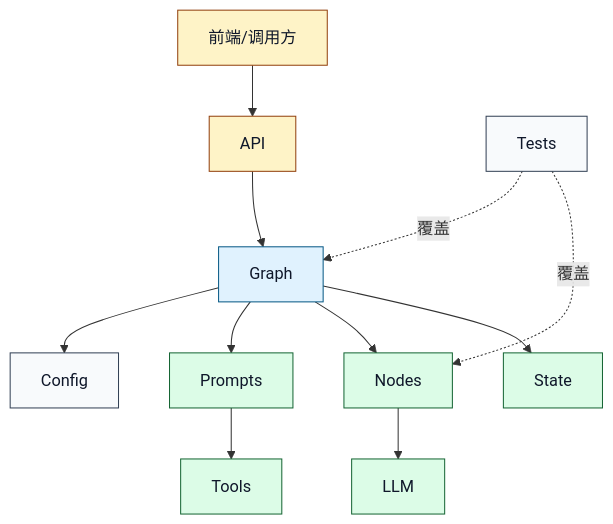
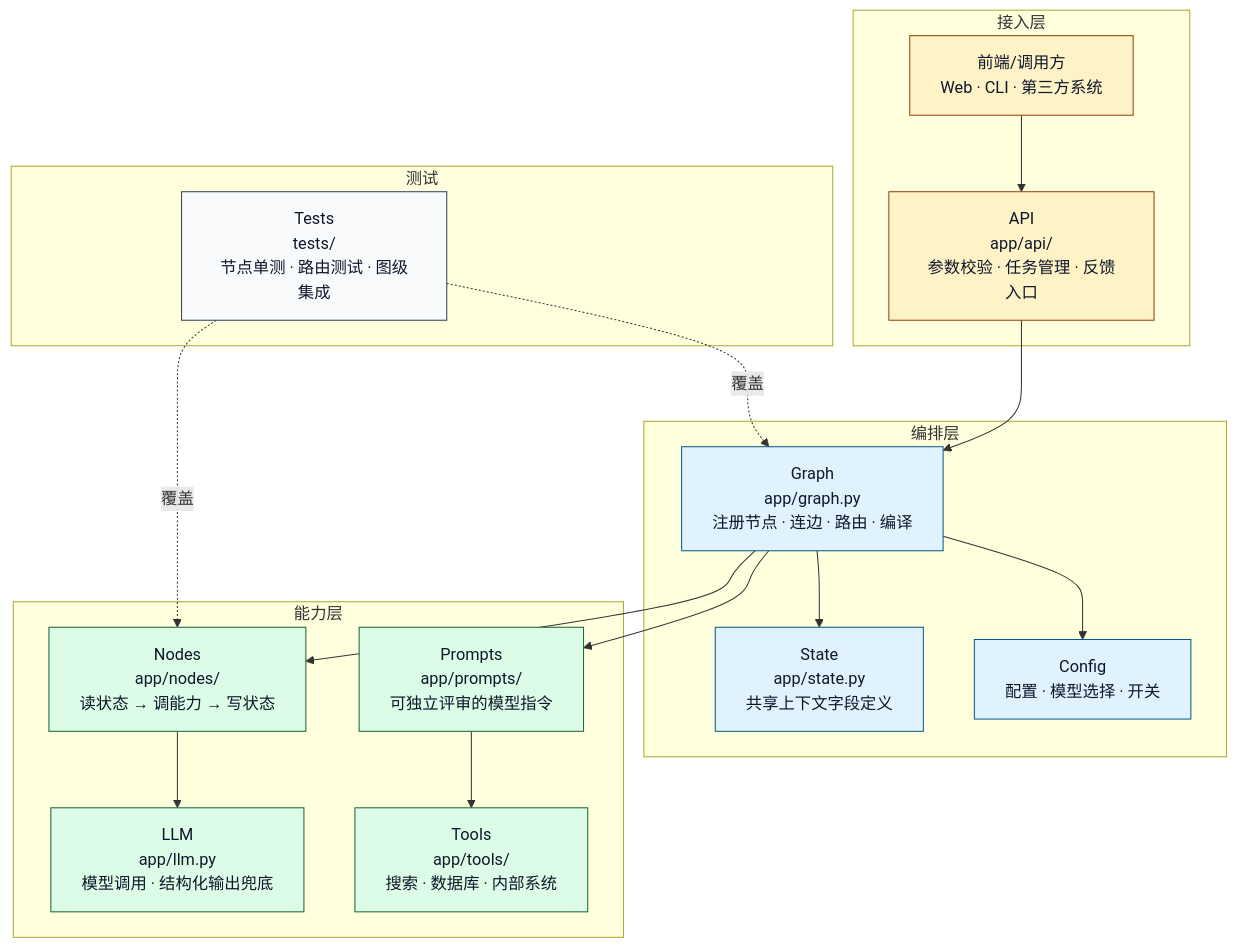
One commit to sealzrt/2026-08--agent changed the fourth of 13 diagrams in ai-agent学习/06.LangGraph入门/16.LangGraph业务落地项目架构.md. Above: the diagram before and after it, drawn with Mermaid. The commit also changed other lines of this file and 13 other files, not shown here.

````diff
--- a/ai-agent学习/06.LangGraph入门/16.LangGraph业务落地项目架构.md
+++ b/ai-agent学习/06.LangGraph入门/16.LangGraph业务落地项目架构.md
@@ -121,21 +121,39 @@
 ```mermaid
 flowchart TD
-    Front[前端/调用方] --> API[API]
-    API --> Graph[Graph]
-    Graph --> State[State]
-    Graph --> Nodes[Nodes]
-    Graph --> Prompts[Prompts]
-    Graph --> Config[Config]
-    Nodes --> LLM[LLM]
-    Prompts --> Tools[Tools]
-    Tests[Tests] -.->|覆盖| Nodes
+    subgraph S1["接入层"]
+        Front["前端/调用方<br/>Web · CLI · 第三方系统"]
+        API["API<br/>app/api/<br/>参数校验 · 任务管理 · 反馈入口"]
+    end
+    subgraph S2["编排层"]
+        Graph["Graph<br/>app/graph.py<br/>注册节点 · 连边 · 路由 · 编译"]
+        State["State<br/>app/state.py<br/>共享上下文字段定义"]
+        Config["Config<br/>配置 · 模型选择 · 开关"]
+    end
+    subgraph S3["能力层"]
+        Nodes["Nodes<br/>app/nodes/<br/>读状态 → 调能力 → 写状态"]
+        Prompts["Prompts<br/>app/prompts/<br/>可独立评审的模型指令"]
+        LLM["LLM<br/>app/llm.py<br/>模型调用 · 结构化输出兜底"]
+        Tools["Tools<br/>app/tools/<br/>搜索 · 数据库 · 内部系统"]
+    end
+    subgraph S4["测试"]
+        Tests["Tests<br/>tests/<br/>节点单测 · 路由测试 · 图级集成"]
+    end
+    Front --> API
+    API --> Graph
+    Graph --> State
+    Graph --> Nodes
+    Graph --> Prompts
+    Graph --> Config
+    Nodes --> LLM
+    Prompts --> Tools
+    Tests -.->|覆盖| Nodes
     Tests -.->|覆盖| Graph
     classDef biz fill:#fef3c7,stroke:#92400e,color:#0f172a
     classDef core fill:#e0f2fe,stroke:#075985,color:#0f172a
     classDef cap fill:#dcfce7,stroke:#166534,color:#0f172a
     classDef neutral fill:#f8fafc,stroke:#334155,color:#0f172a
     class Front,API biz
-    class Graph core
-    class State,Nodes,Prompts,LLM,Tools cap
-    class Config,Tests neutral
+    class Graph,State,Config core
+    class Nodes,Prompts,LLM,Tools cap
+    class Tests neutral
 ```
````
